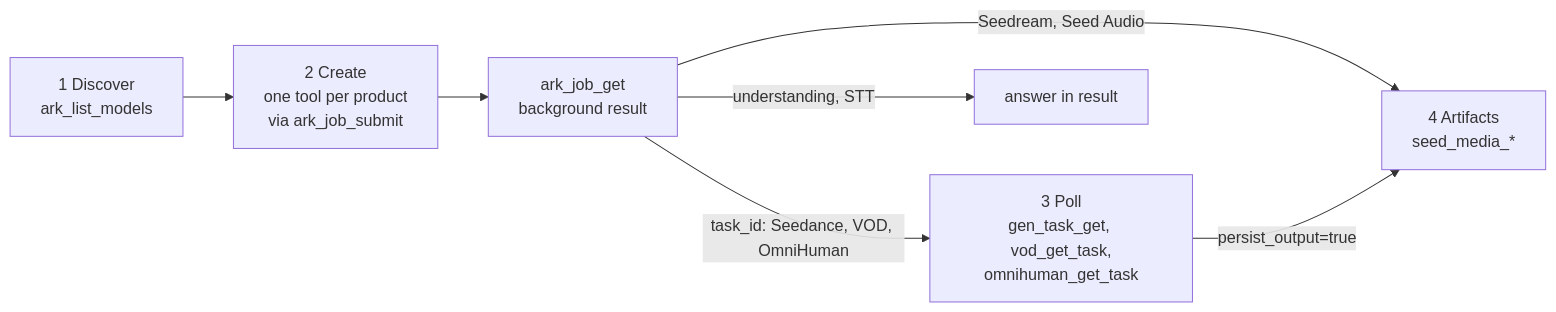
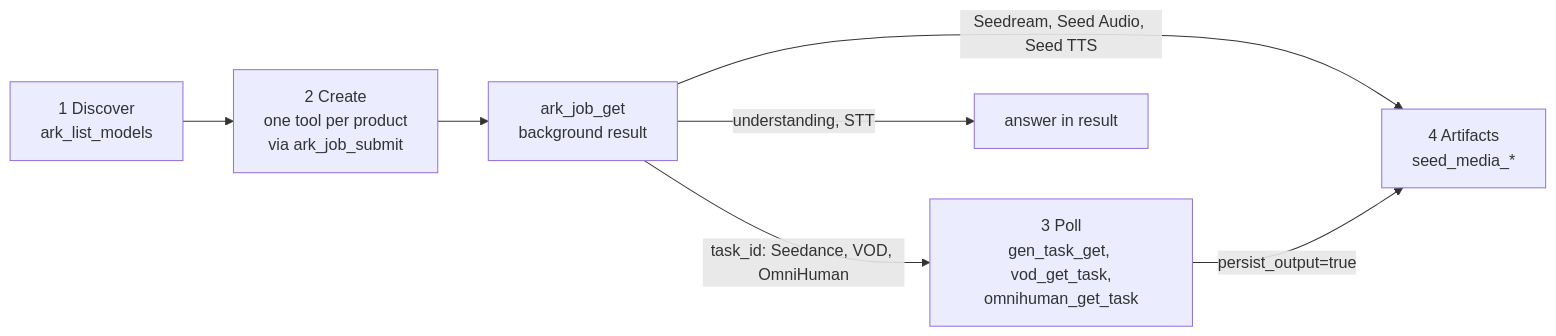
The diagram in .agents/skills/ark-mcp/SKILL.md (byteplus-sa/ark-mcp), drawn with Mermaid before and after one commit. The commit also changed other lines of this file and 47 other files, not shown here.

Commit message:
feat: add Seed TTS 3.0 speech synthesis

````diff
--- a/.agents/skills/ark-mcp/SKILL.md
+++ b/.agents/skills/ark-mcp/SKILL.md
@@ -43,9 +44,9 @@
 ```mermaid
 flowchart LR
     discover["1 Discover<br/>ark_list_models"] --> create["2 Create<br/>one tool per product<br/>via ark_job_submit"]
     create --> job["ark_job_get<br/>background result"]
     job -->|"task_id: Seedance, VOD, OmniHuman"| poll["3 Poll<br/>gen_task_get, vod_get_task,<br/>omnihuman_get_task"]
-    job -->|"Seedream, Seed Audio"| artifacts["4 Artifacts<br/>seed_media_*"]
+    job -->|"Seedream, Seed Audio, Seed TTS"| artifacts["4 Artifacts<br/>seed_media_*"]
     job -->|"understanding, STT"| text["answer in result"]
     poll -->|"persist_output=true"| artifacts
 ```
````
